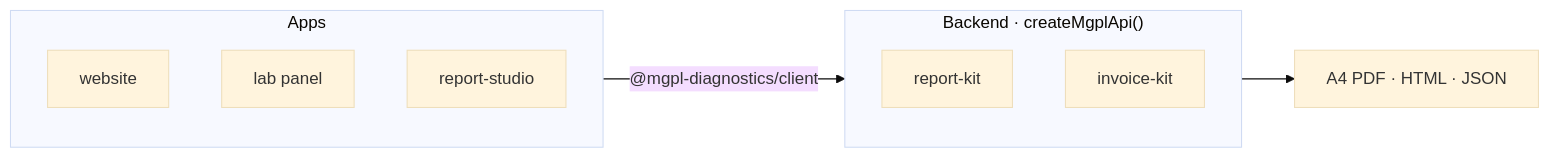
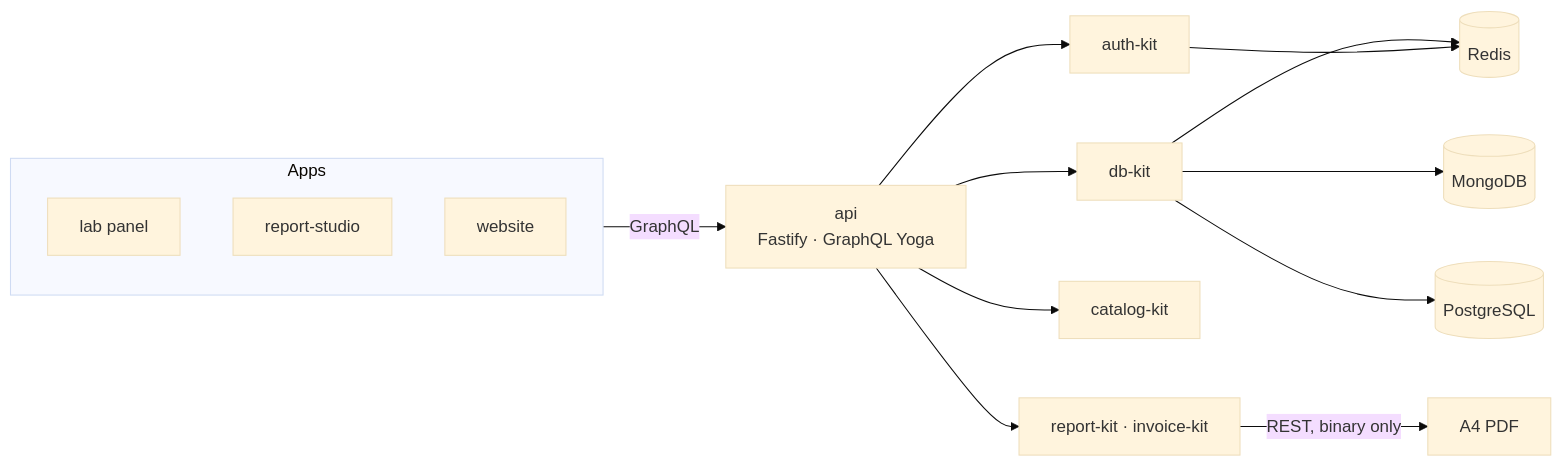
One commit to mgpl-diagnostics/.github changed the diagram in profile/README.md. Above: the diagram before and after it, drawn with Mermaid (base theme). The commit also changed other lines of this file and 8 other files, not shown here.

````diff
--- a/profile/README.md
+++ b/profile/README.md
@@ -75,14 +73,18 @@
 ```mermaid
 flowchart LR
   subgraph Apps
-    W[website]
     P[lab panel]
     S[report-studio]
+    W[website]
   end
-  Apps -->|"@mgpl-diagnostics/client"| API
-  subgraph API["Backend · createMgplApi()"]
-    R[report-kit]
-    I[invoice-kit]
-  end
-  API --> PDF["A4 PDF · HTML · JSON"]
+  Apps -->|"GraphQL"| API["api<br/>Fastify · GraphQL Yoga"]
+  API --> AUTH[auth-kit]
+  API --> DB[db-kit]
+  API --> CAT[catalog-kit]
+  API --> RND["report-kit · invoice-kit"]
+  DB --> M[(MongoDB)]
+  DB --> PG[(PostgreSQL)]
+  DB --> R[(Redis)]
+  AUTH --> R
+  RND -->|"REST, binary only"| PDF["A4 PDF"]
 ```
````
